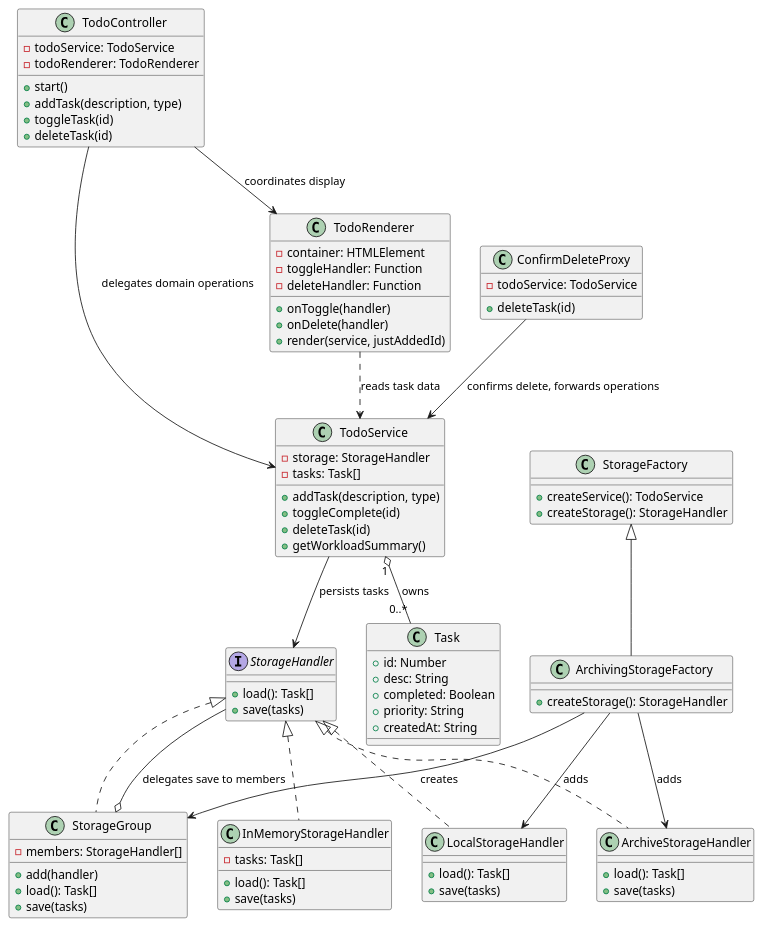
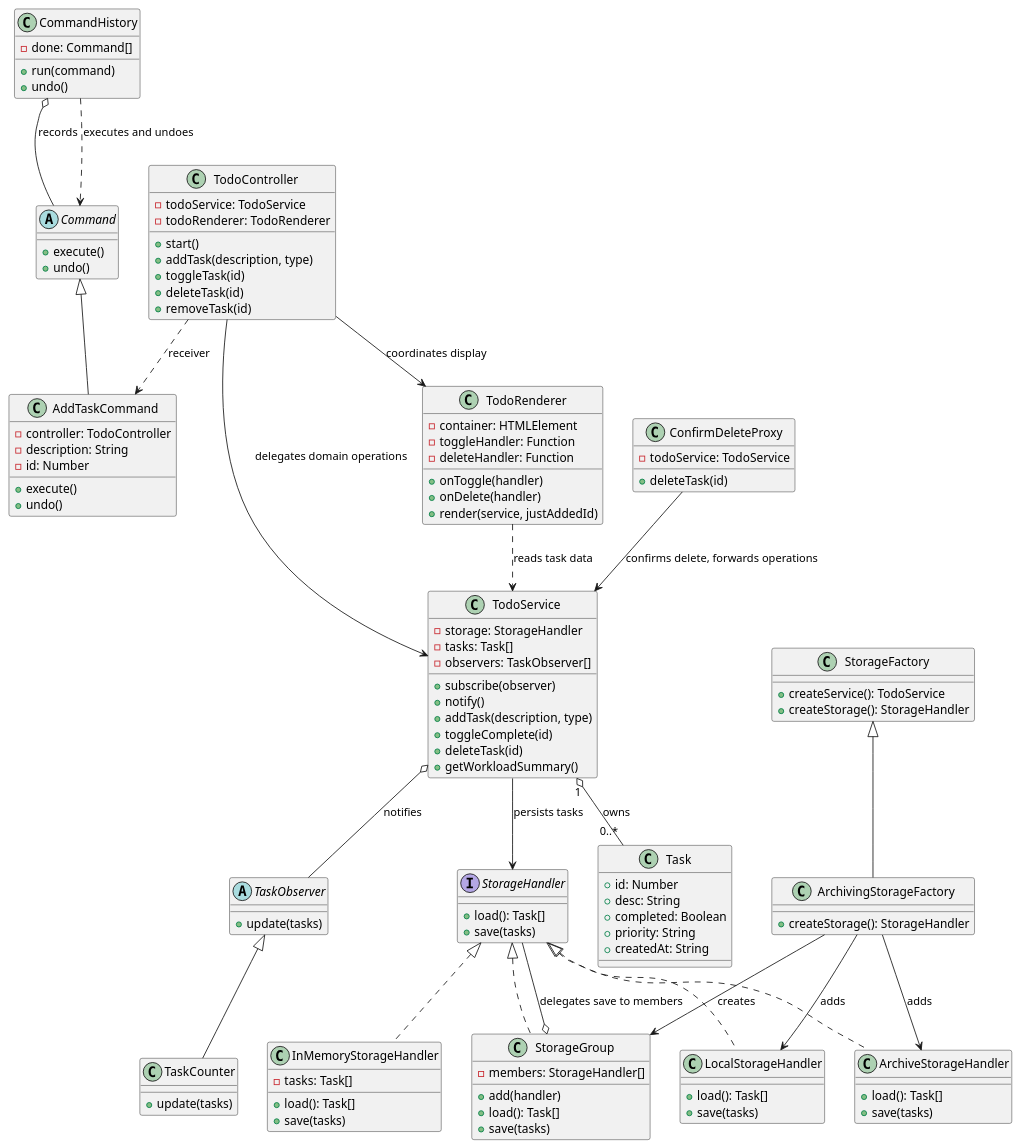
One commit to VesaSylqa/swen383-todo changed the diagram in docs/class-diagram.puml. Above: the diagram before and after it, drawn with PlantUML. The commit also changed 7 other files, not shown here.

Commit message:
feat: add task counter and undo

```diff
--- a/docs/class-diagram.puml
+++ b/docs/class-diagram.puml
@@ -1,94 +1,131 @@
 @startuml TodoAppClassDiagram
 class TodoController {
   - todoService: TodoService
   - todoRenderer: TodoRenderer
   + start()
   + addTask(description, type)
   + toggleTask(id)
   + deleteTask(id)
+  + removeTask(id)
 }
 
 class TodoService {
   - storage: StorageHandler
   - tasks: Task[]
+  - observers: TaskObserver[]
+  + subscribe(observer)
+  + notify()
   + addTask(description, type)
   + toggleComplete(id)
   + deleteTask(id)
   + getWorkloadSummary()
+}
+
+abstract class TaskObserver {
+  + update(tasks)
+}
+
+class TaskCounter {
+  + update(tasks)
+}
+
+abstract class Command {
+  + execute()
+  + undo()
+}
+
+class AddTaskCommand {
+  - controller: TodoController
+  - description: String
+  - id: Number
+  + execute()
+  + undo()
+}
+
+class CommandHistory {
+  - done: Command[]
+  + run(command)
+  + undo()
 }
 
 class TodoRenderer {
   - container: HTMLElement
   - toggleHandler: Function
   - deleteHandler: Function
   + onToggle(handler)
   + onDelete(handler)
   + render(service, justAddedId)
 }
 
 interface StorageHandler {
   + load(): Task[]
   + save(tasks)
 }
 
 class LocalStorageHandler {
   + load(): Task[]
   + save(tasks)
 }
 
 class InMemoryStorageHandler {
   - tasks: Task[]
   + load(): Task[]
   + save(tasks)
 }
 
 class StorageGroup {
   - members: StorageHandler[]
   + add(handler)
   + load(): Task[]
   + save(tasks)
 }
 
 class ArchiveStorageHandler {
   + load(): Task[]
   + save(tasks)
 }
 
 class StorageFactory {
   + createService(): TodoService
   + createStorage(): StorageHandler
 }
 
 class ArchivingStorageFactory {
   + createStorage(): StorageHandler
 }
 
 class ConfirmDeleteProxy {
   - todoService: TodoService
   + deleteTask(id)
 }
 
 class Task {
   + id: Number
   + desc: String
   + completed: Boolean
   + priority: String
   + createdAt: String
 }
 
 TodoController --> TodoService : delegates domain operations
 TodoController --> TodoRenderer : coordinates display
+TodoController ..> AddTaskCommand : receiver
 TodoRenderer ..> TodoService : reads task data
 TodoService --> StorageHandler : persists tasks
+TodoService o-- TaskObserver : notifies
+TaskObserver <|-- TaskCounter
+Command <|-- AddTaskCommand
+CommandHistory o-- Command : records
+CommandHistory ..> Command : executes and undoes
 StorageHandler <|.. LocalStorageHandler
 StorageHandler <|.. InMemoryStorageHandler
 StorageHandler <|.. StorageGroup
 StorageHandler <|.. ArchiveStorageHandler
 StorageGroup o-- StorageHandler : delegates save to members
 StorageFactory <|-- ArchivingStorageFactory
 ArchivingStorageFactory --> StorageGroup : creates
 ArchivingStorageFactory --> LocalStorageHandler : adds
 ArchivingStorageFactory --> ArchiveStorageHandler : adds
 ConfirmDeleteProxy --> TodoService : confirms delete, forwards operations
 TodoService "1" o-- "0..*" Task : owns
 @enduml
```
